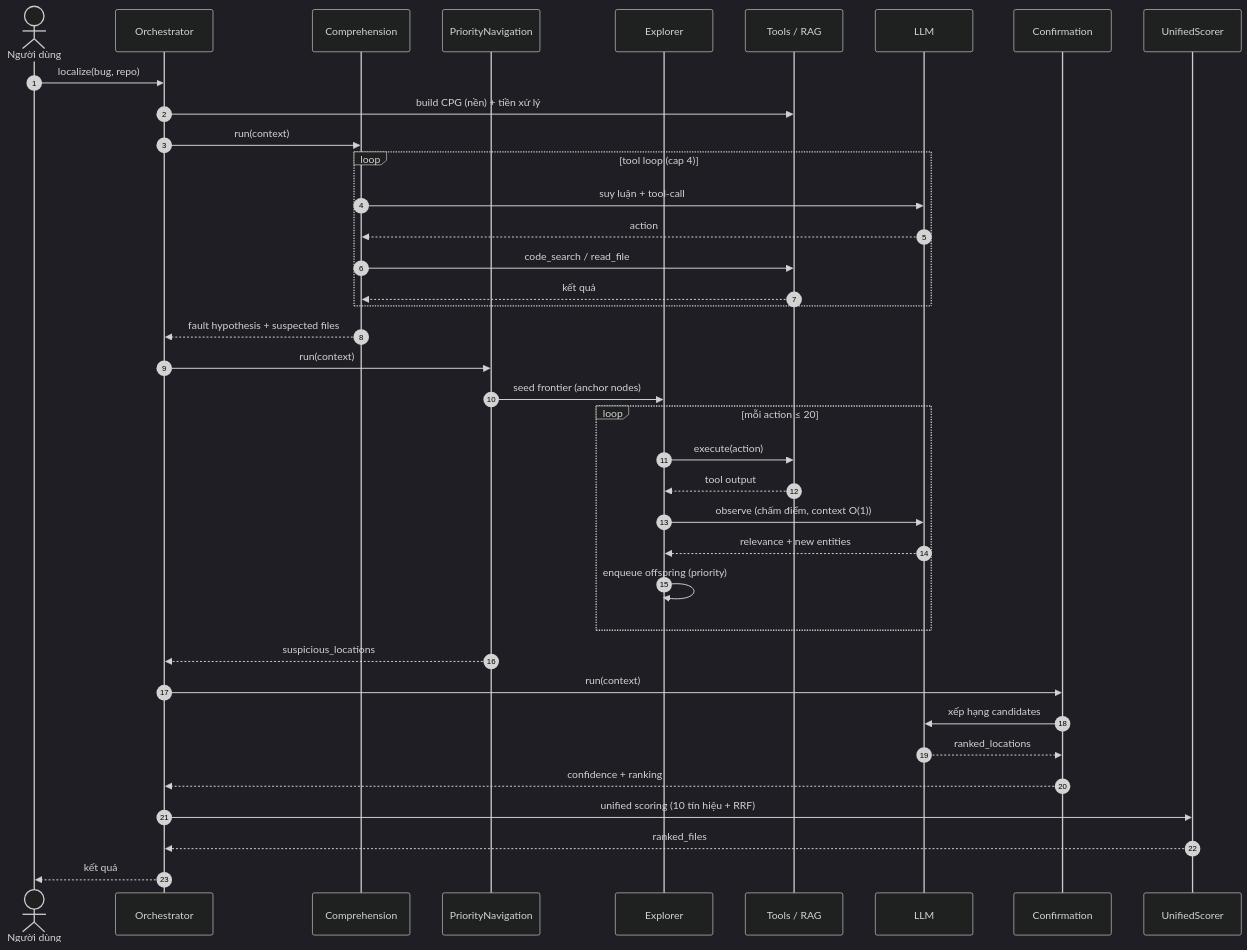
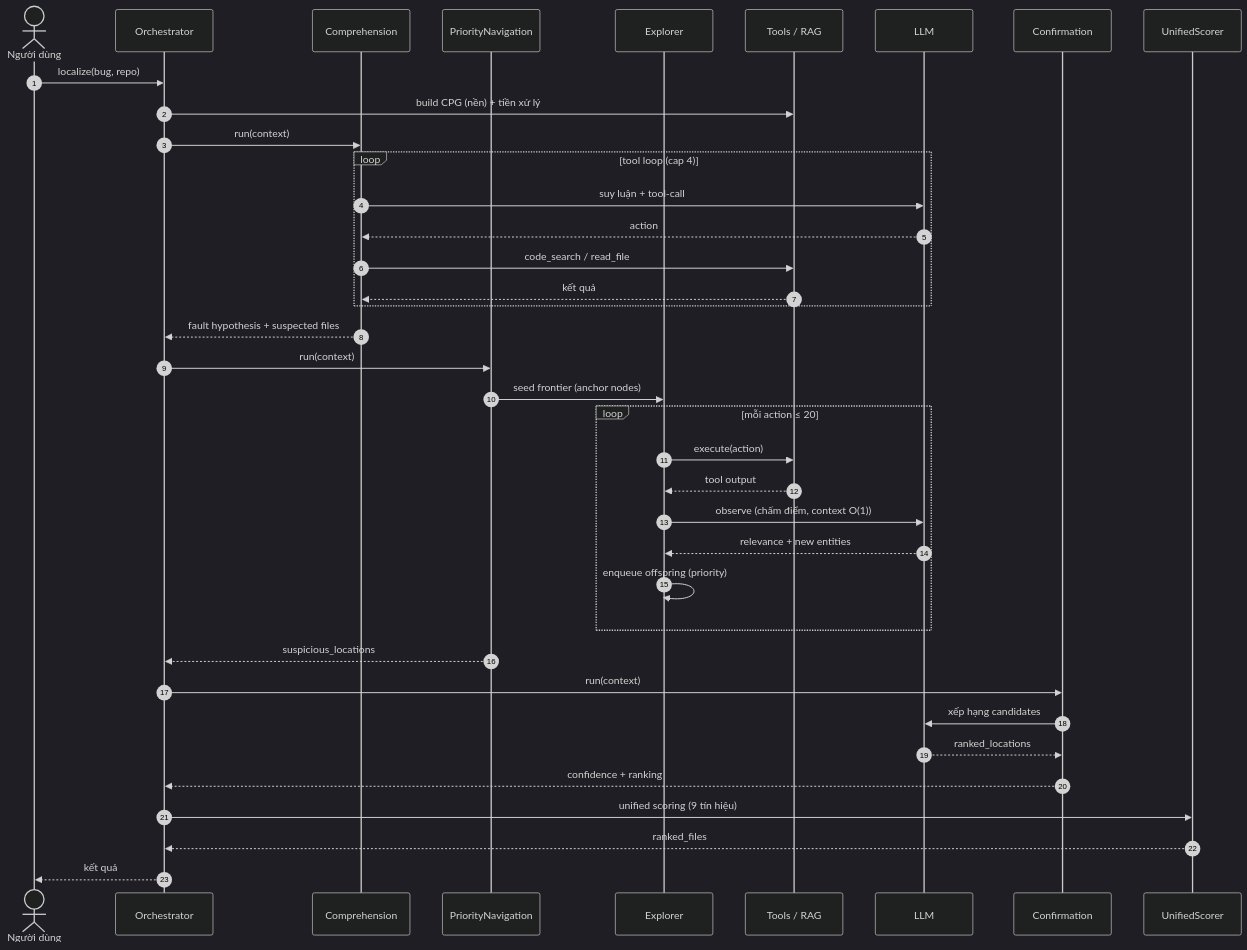
One commit to trinhvietthanh/bug_localization changed the fifth of 6 diagrams in docs/CHUONG_KIEN_TRUC.md. Above: the diagram before and after it, drawn with Mermaid (dark theme). The commit also changed other lines of this file and 135 other files, not shown here.

````diff
--- a/docs/CHUONG_KIEN_TRUC.md
+++ b/docs/CHUONG_KIEN_TRUC.md
@@ -206,44 +206,44 @@
 ```mermaid
 sequenceDiagram
     autonumber
     actor U as Người dùng
     participant O as Orchestrator
     participant C as Comprehension
     participant N as PriorityNavigation
     participant E as Explorer
     participant T as Tools / RAG
     participant L as LLM
     participant CF as Confirmation
     participant S as UnifiedScorer
 
     U->>O: localize(bug, repo)
     O->>T: build CPG (nền) + tiền xử lý
     O->>C: run(context)
     loop tool loop (cap 4)
         C->>L: suy luận + tool-call
         L-->>C: action
         C->>T: code_search / read_file
         T-->>C: kết quả
     end
     C-->>O: fault hypothesis + suspected files
 
     O->>N: run(context)
     N->>E: seed frontier (anchor nodes)
     loop mỗi action ≤ 20
         E->>T: execute(action)
         T-->>E: tool output
         E->>L: observe (chấm điểm, context O(1))
         L-->>E: relevance + new entities
         E->>E: enqueue offspring (priority)
     end
     N-->>O: suspicious_locations
 
     O->>CF: run(context)
     CF->>L: xếp hạng candidates
     L-->>CF: ranked_locations
     CF-->>O: confidence + ranking
 
-    O->>S: unified scoring (10 tín hiệu + RRF)
+    O->>S: unified scoring (9 tín hiệu)
     S-->>O: ranked_files
     O-->>U: kết quả
 ```
````
